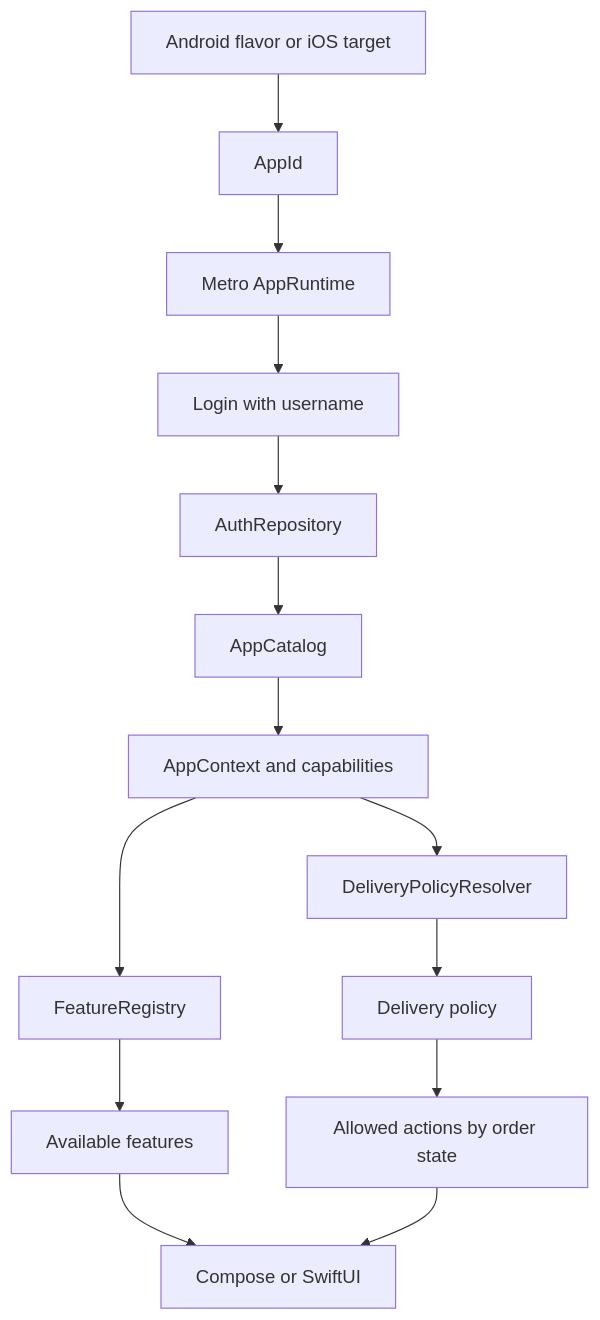
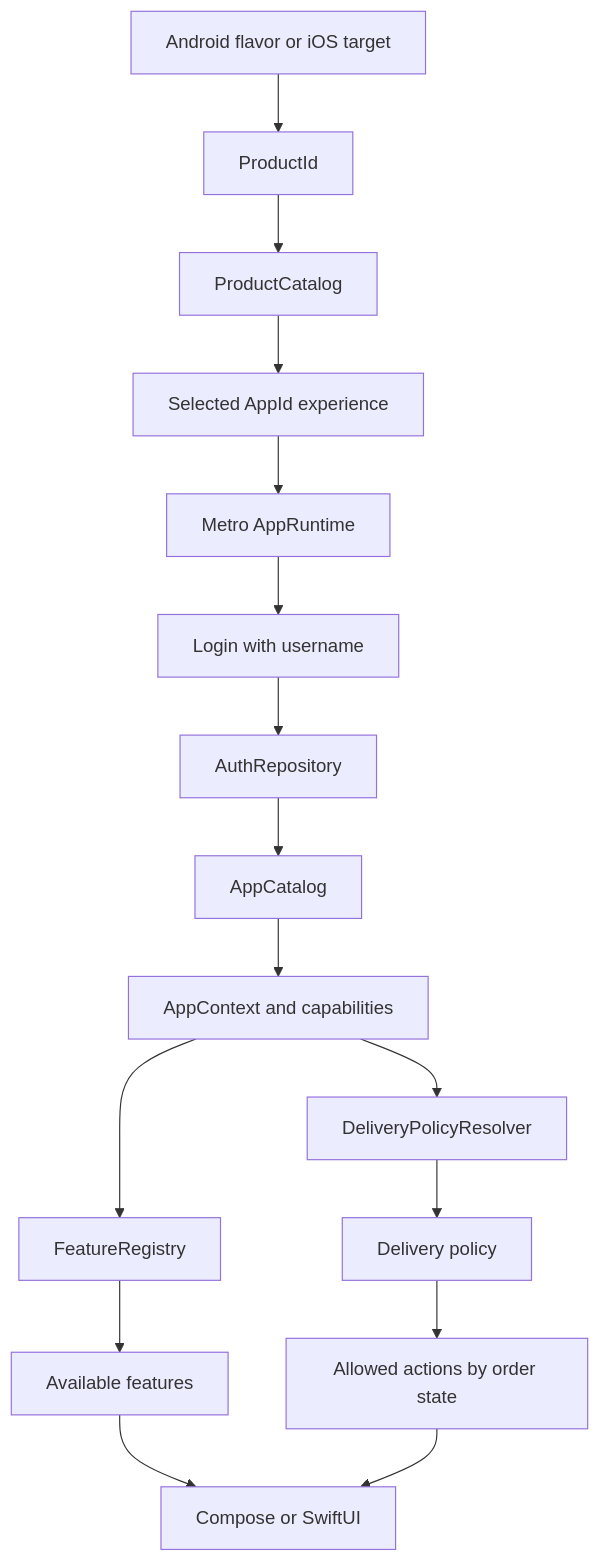
The first of 2 diagrams in README.md (a-e-s-h-m-a/kmp-multi-app), drawn with Mermaid before and after one commit. The commit also changed other lines of this file and 18 other files, not shown here.

Commit message:
Add super app product layer

````diff
--- a/README.md
+++ b/README.md
@@ -30,16 +35,18 @@
 ```mermaid
 flowchart TD
-    Product["Android flavor or iOS target"] --> AppId["AppId"]
+    Product["Android flavor or iOS target"] --> ProductId["ProductId"]
+    ProductId --> ProductCatalog["ProductCatalog"]
+    ProductCatalog --> AppId["Selected AppId experience"]
     AppId --> Runtime["Metro AppRuntime"]
     Runtime --> Login["Login with username"]
     Login --> Auth["AuthRepository"]
     Auth --> Catalog["AppCatalog"]
     Catalog --> Context["AppContext and capabilities"]
     Context --> Registry["FeatureRegistry"]
     Context --> Resolver["DeliveryPolicyResolver"]
     Registry --> Features["Available features"]
     Resolver --> Policy["Delivery policy"]
     Policy --> Actions["Allowed actions by order state"]
     Features --> UI["Compose or SwiftUI"]
     Actions --> UI
 ```
````
